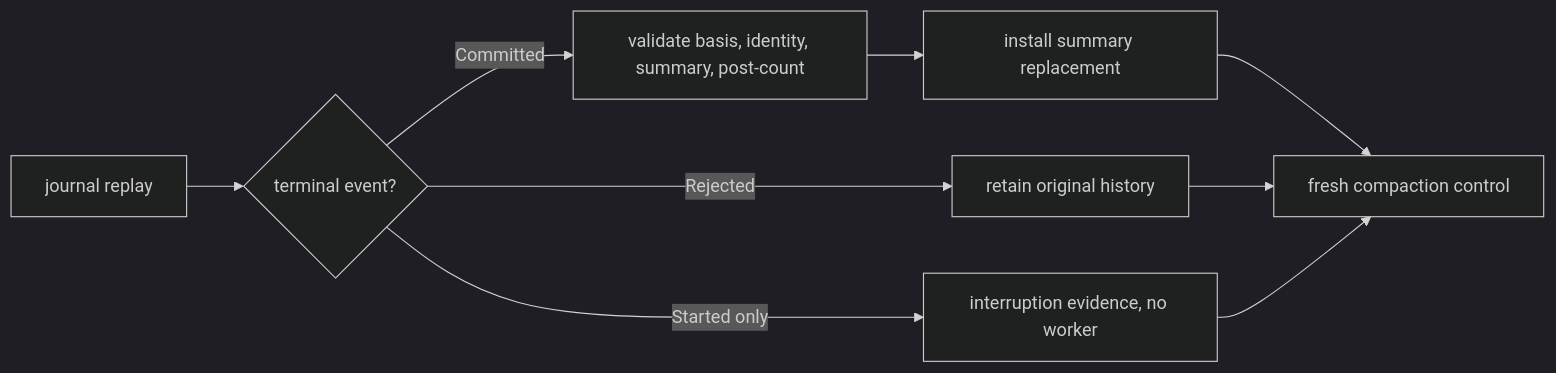
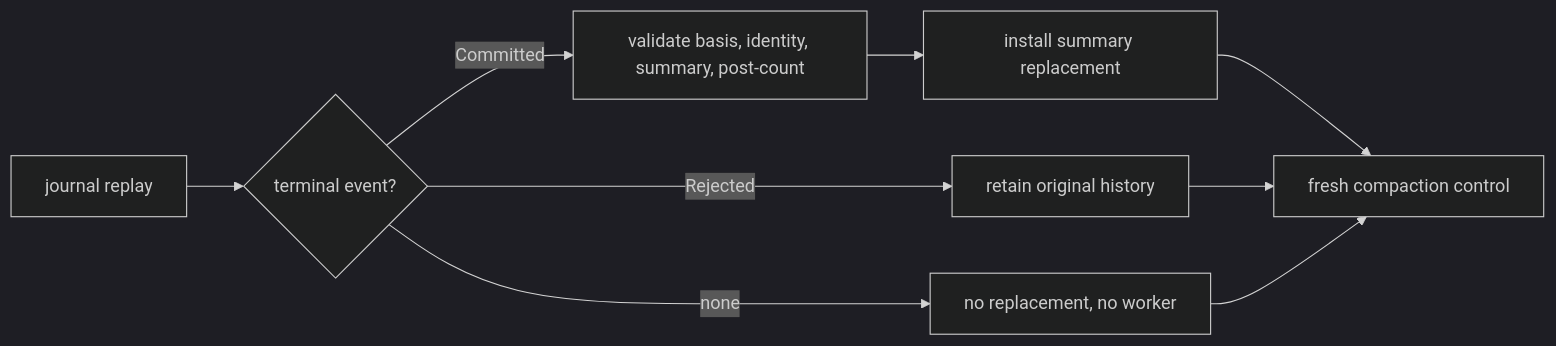
Before and after one commit to looprig/.github: the diagram in docs/guides/harness/compaction/restore-and-recovery.md, drawn with Mermaid. The commit also changed other lines of this file and 412 other files, not shown here.

````diff
--- a/docs/guides/harness/compaction/restore-and-recovery.md
+++ b/docs/guides/harness/compaction/restore-and-recovery.md
@@ -43,12 +49,12 @@
 ```mermaid
 %%{init: {"theme":"dark"}}%%
 flowchart LR
     J[journal replay] --> E{terminal event?}
     E -->|Committed| V[validate basis, identity, summary, post-count]
     V --> R[install summary replacement]
     E -->|Rejected| H[retain original history]
-    E -->|Started only| I[interruption evidence, no worker]
+    E -->|none| I[no replacement, no worker]
     R --> N[fresh compaction control]
     H --> N
     I --> N
 ```
````
